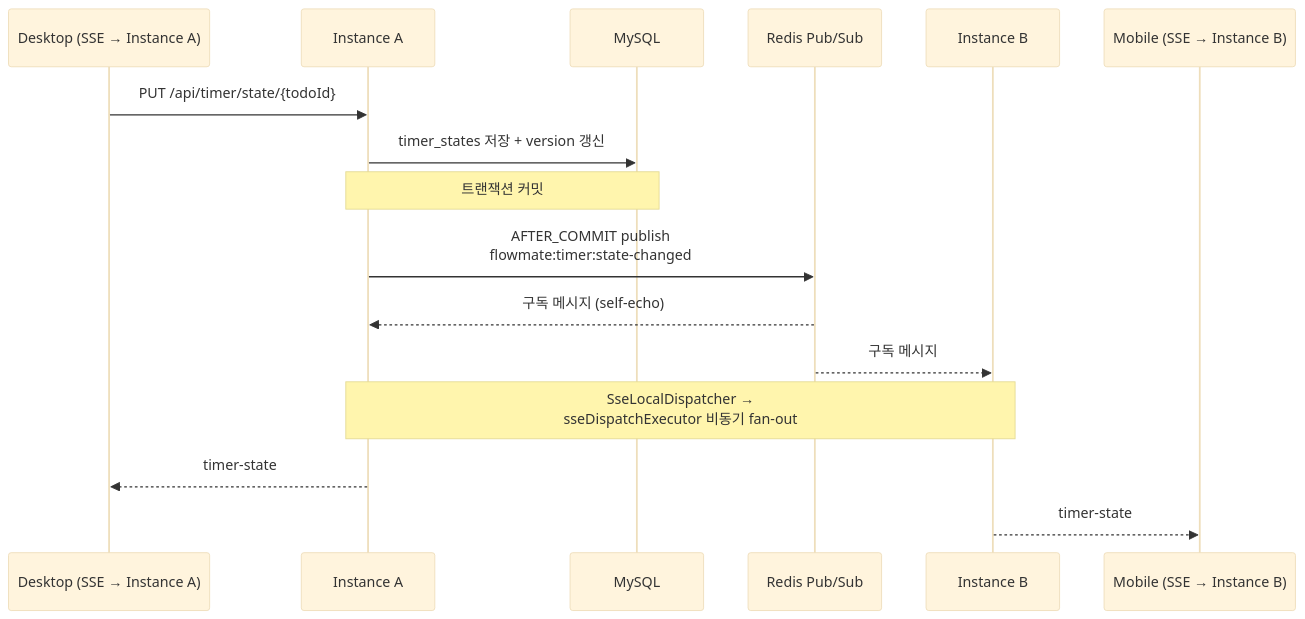
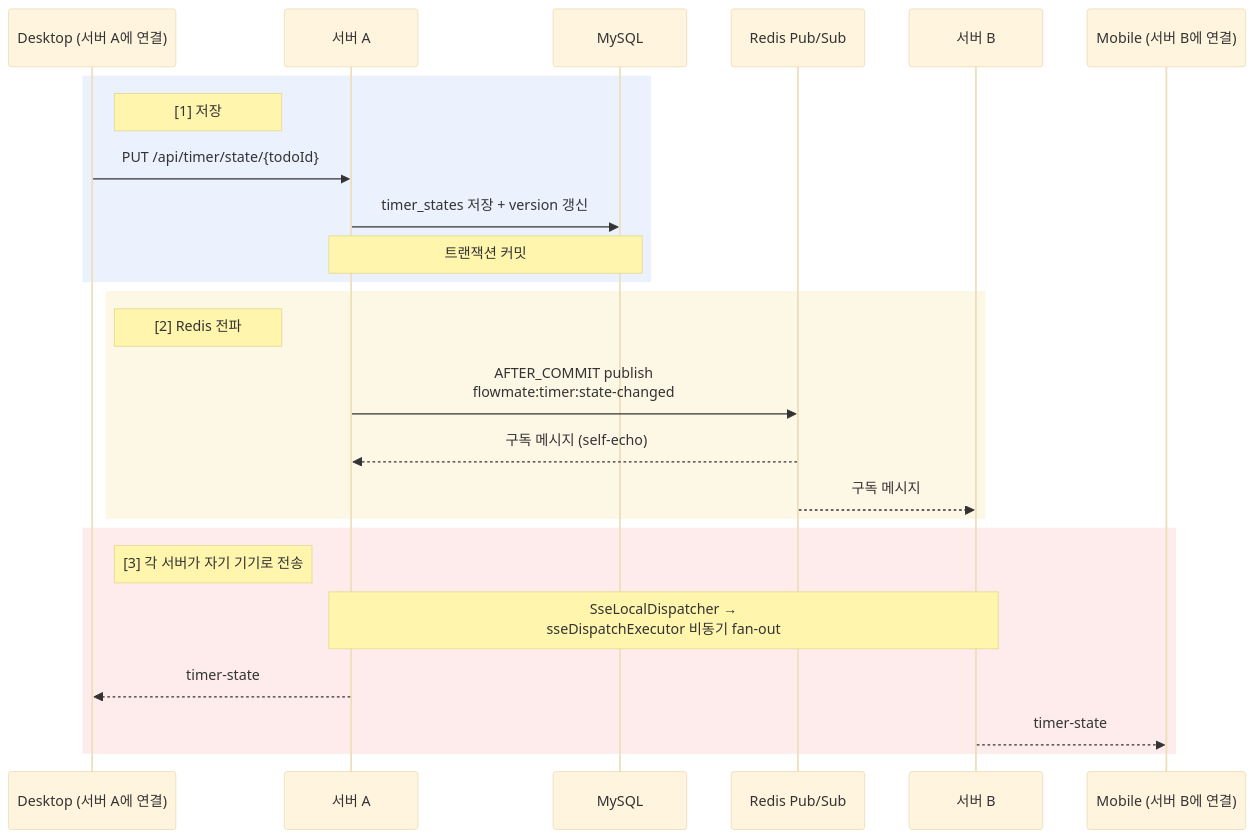
Before and after one commit to g1ennk/FlowMate: the diagram in docs/wiki/redis-sse-pubsub.md, drawn with Mermaid (base theme). The commit also changed other lines of this file and 1 other file, not shown here.

Commit message:
docs(wiki): Redis Pub/Sub 위키 리뷰 반영

````diff
--- a/docs/wiki/redis-sse-pubsub.md
+++ b/docs/wiki/redis-sse-pubsub.md
@@ -69,18 +61,27 @@
 ```mermaid
 sequenceDiagram
-    participant D as Desktop (SSE → Instance A)
-    participant A as Instance A
+    participant D as Desktop (서버 A에 연결)
+    participant A as 서버 A
     participant DB as MySQL
     participant Rds as Redis Pub/Sub
-    participant B as Instance B
-    participant M as Mobile (SSE → Instance B)
+    participant B as 서버 B
+    participant M as Mobile (서버 B에 연결)
+    rect rgba(59, 130, 246, 0.1)
+    Note right of D: [1] 저장
     D ->> A: PUT /api/timer/state/{todoId}
     A ->> DB: timer_states 저장 + version 갱신
     Note over A, DB: 트랜잭션 커밋
+    end
+    rect rgba(234, 179, 8, 0.1)
+    Note right of D: [2] Redis 전파
     A ->> Rds: AFTER_COMMIT publish<br/>flowmate:timer:state-changed
     Rds -->> A: 구독 메시지 (self-echo)
     Rds -->> B: 구독 메시지
+    end
+    rect rgba(239, 68, 68, 0.1)
+    Note right of D: [3] 각 서버가 자기 기기로 전송
     Note over A, B: SseLocalDispatcher →<br/>sseDispatchExecutor 비동기 fan-out
     A -->> D: timer-state
     B -->> M: timer-state
+    end
 ```
````
